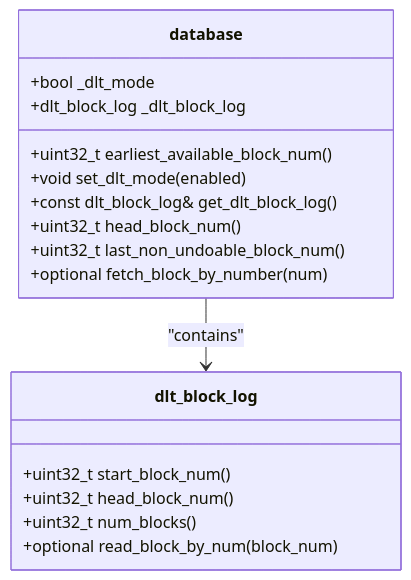
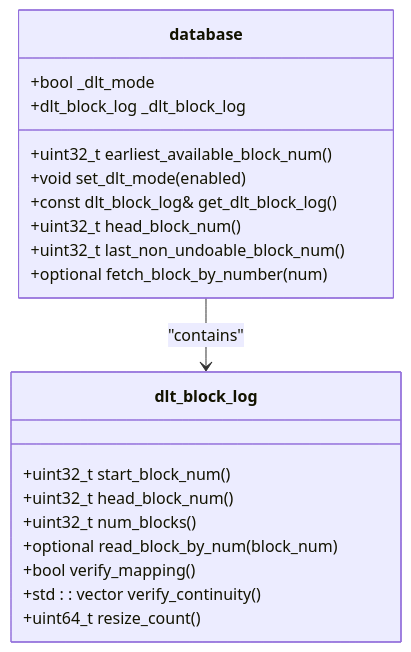
Diagram 11 of 39 in .qoder/repowiki/en/content/P2p Plugin.md (VIZ-Blockchain/viz-cpp-node), drawn with Mermaid before and after one commit. The commit also changed other lines of this file and 7 other files, not shown here.

````diff
--- a/.qoder/repowiki/en/content/P2p Plugin.md
+++ b/.qoder/repowiki/en/content/P2p Plugin.md
@@ -541,20 +521,23 @@
 ```mermaid
 classDiagram
 class database {
 +bool _dlt_mode
 +dlt_block_log _dlt_block_log
 +uint32_t earliest_available_block_num()
 +void set_dlt_mode(enabled)
 +const dlt_block_log& get_dlt_block_log()
 +uint32_t head_block_num()
 +uint32_t last_non_undoable_block_num()
 +optional<signed_block> fetch_block_by_number(num)
 }
 class dlt_block_log {
 +uint32_t start_block_num()
 +uint32_t head_block_num()
 +uint32_t num_blocks()
 +optional<signed_block> read_block_by_num(block_num)
++bool verify_mapping()
++std : : vector<uint32_t> verify_continuity()
++uint64_t resize_count()
 }
 database --> dlt_block_log : "contains"
 ```
````
